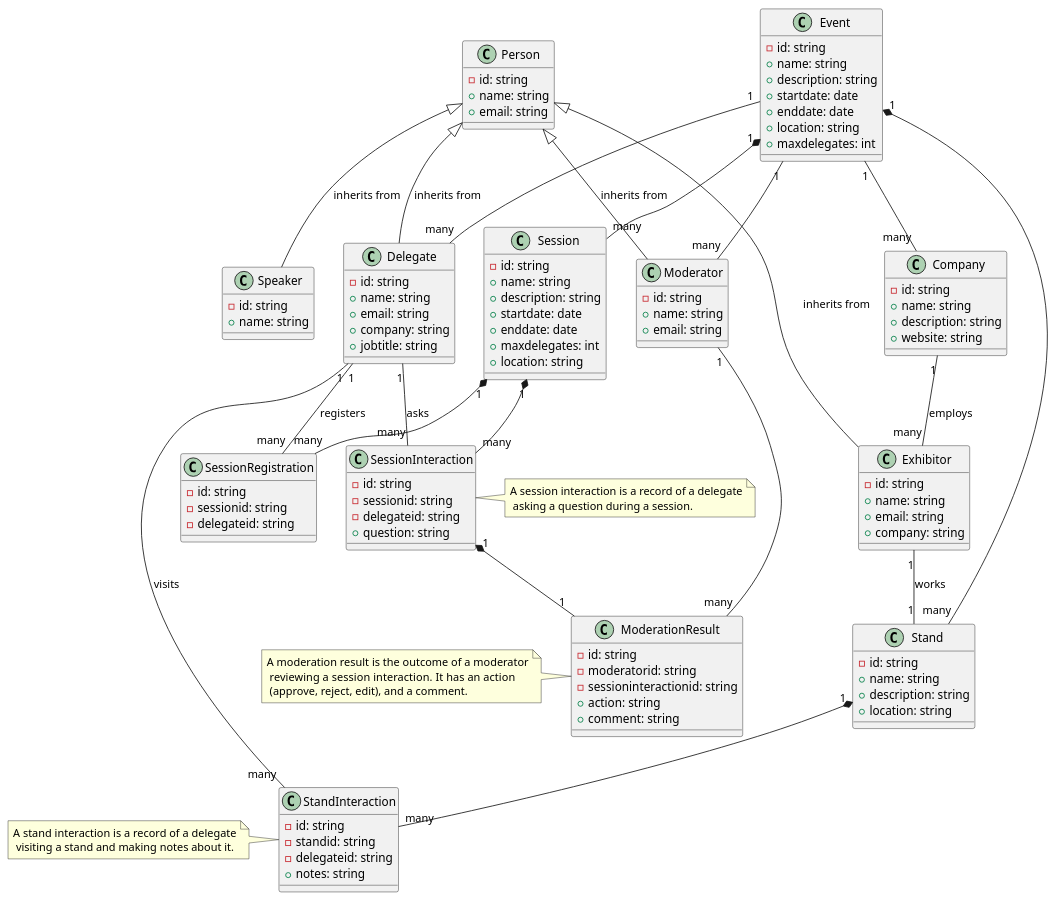
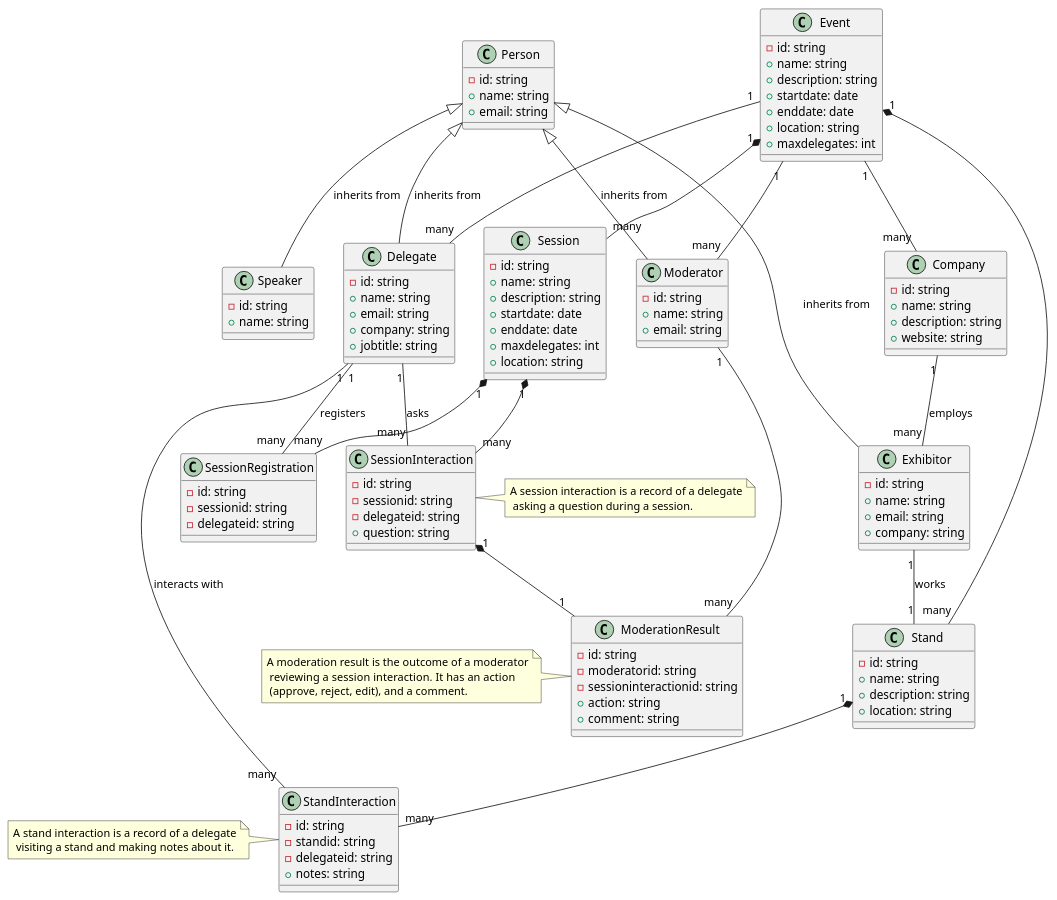
Before and after one commit to CSC-40084-Group-7/BMI2-UML: the diagram in BookMeIn2.puml, drawn with PlantUML.

Commit message:
add relationships

```diff
--- a/BookMeIn2.puml
+++ b/BookMeIn2.puml
@@ -1,153 +1,153 @@
 @startuml BookMeIn2
 
 /'
 Glossary
 
 Event: The event that is happening, e.g. App Development in a mobile world.
 Delegates: People attending the event, sometimes on behalf of a company.
 Exhibitor: A person attending the event on behalf of their company. Each Exhibitor works at one stand.
 Moderator: Works in the background during a session filtering the questions sent in by delegates, for the purpose of avoiding anything unsuitable being sent to the speaker, and amalgamating similar questions into one so as to avoid repeating the same question
 Session: A talk or presentation happening at the event. Several of these can happen at the same time at larger events and delegates would have to choose which ones they want to attend.  Sometimes these can require a pre-registration of interest to allow entry.
 Speaker: An individual presenting the session. These can be the same as exhibitors, or they may be completely independent.
 Stand: One per company at the event. These companies are ones that have paid to have a stand at the event.  Often these will be sponsors of the event looking to sell some sort of software or service to the delegates.   Multiple Exhibitors may work on one stand though.
 '/
 
 ' Entities
 
 class "Event" as event {
     - id: string
     + name: string
     + description: string
     + startdate: date
     + enddate: date
     + location: string
     + maxdelegates: int
 }
 
 class "Person" as person {
     - id: string
     + name: string
     + email: string
 }
 
 class "Delegate" as delegate {
     - id: string
     + name: string
     + email: string
     + company: string
     + jobtitle: string
 }
 
 class "Exhibitor" as exhibitor {
     - id: string
     + name: string
     + email: string
     + company: string
 }
 
 class "Moderator" as moderator {
     - id: string
     + name: string
     + email: string
 }
 
 class "Session" as session {
     - id: string
     + name: string
     + description: string
     + startdate: date
     + enddate: date
     + maxdelegates: int
     + location: string
 }
 
 class "Speaker" as speaker {
     - id: string
     + name: string
 }
 
 class "Stand" as stand {
     - id: string
     + name: string
     + description: string
     + location: string
 }
 
 class "Company" as company {
     - id: string
     + name: string
     + description: string
     + website: string
 }
 
 class "SessionRegistration" as sessionregistration {
     - id: string
     - sessionid: string
     - delegateid: string
 }
 
 class "StandInteraction" as standinteraction {
     - id: string
     - standid: string
     - delegateid: string
     + notes: string
 }
 
 class "SessionInteraction" as sessioninteraction {
     - id: string
     - sessionid: string
     - delegateid: string
     + question: string
 }
 
 class "ModerationResult" as moderationresult {
     - id: string
     - moderatorid: string
     - sessioninteractionid: string
     + action: string
     + comment: string
 }
 
 ' Relationships
 
 event "1" -- "many" delegate
 event "1" -- "many" moderator
 event "1" -- "many" company
 
-delegate "1" -- "many" standinteraction : visits
+delegate "1" -- "many" standinteraction : interacts with
 delegate "1" -- "many" sessioninteraction : asks
 delegate "1" -- "many" sessionregistration : registers
 
 exhibitor "1" -- "1" stand : works
 
 company "1" -- "many" exhibitor : employs
 
 moderator "1" -- "many" moderationresult 
 
 
 ' Inheritance
 
 person <|-- delegate : inherits from
 person <|-- exhibitor : inherits from
 person <|-- moderator : inherits from
 person <|-- speaker : inherits from
 
 ' Composition
 
 event "1" *-- "many" session
 event "1" *-- "many" stand
 
 ' Aggregation
 
 session "1" *-- "many" sessioninteraction
 session "1" *-- "many" sessionregistration
 stand "1" *-- "many" standinteraction
 sessioninteraction "1" *-- "1" moderationresult
 
 ' Notes
 
 note left of moderationresult : A moderation result is the outcome of a moderator\n reviewing a session interaction.  It has an action\n (approve, reject, edit), and a comment.
 note left of standinteraction : A stand interaction is a record of a delegate\n visiting a stand and making notes about it.
 note right of sessioninteraction : A session interaction is a record of a delegate\n asking a question during a session.
 
 @enduml
```
